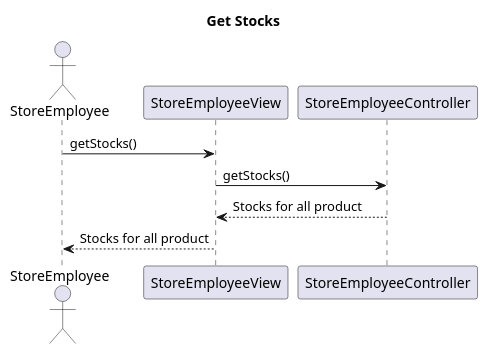
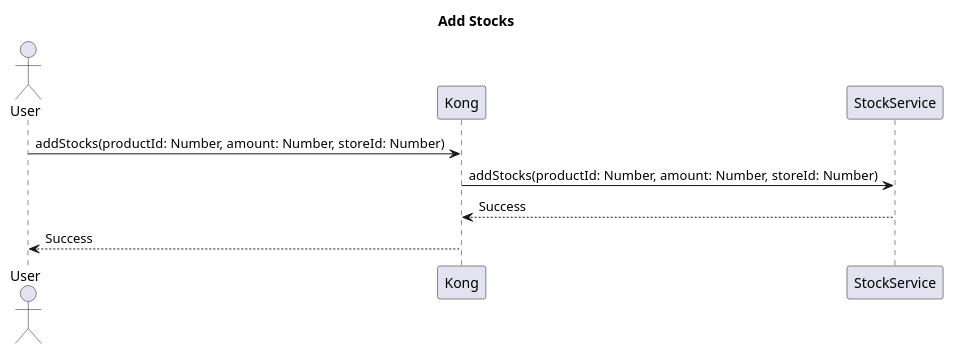
One commit to ThePhobosDeimosSuite/laboratoire-0_log430 changed diagram 18 of 20 in docs/rapport.md. Above: the diagram before and after it, drawn with PlantUML. The commit also changed other lines of this file and 21 other files, not shown here.

```diff
--- a/docs/rapport.md
+++ b/docs/rapport.md
@@ -295,9 +594,10 @@
-@startuml get-stocks
-title Get Stocks
-actor StoreEmployee
+@startuml add-stocks
+title Add Stocks
+actor User
 
-StoreEmployee -> StoreEmployeeView : getStocks()
-StoreEmployeeView -> StoreEmployeeController : getStocks()
-StoreEmployeeController --> StoreEmployeeView : Stocks for all product
-StoreEmployeeView --> StoreEmployee : Stocks for all product
+User -> Kong : addStocks(productId: Number, amount: Number, storeId: Number)
+Kong -> StockService : addStocks(productId: Number, amount: Number, storeId: Number)
+StockService --> Kong : Success
+Kong --> User : Success
+
 @enduml
```
